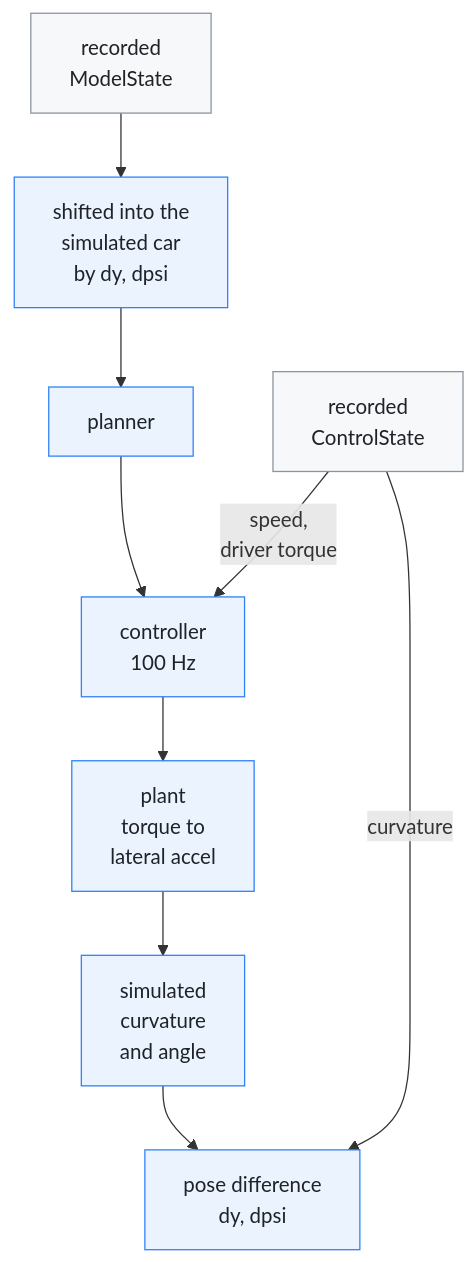
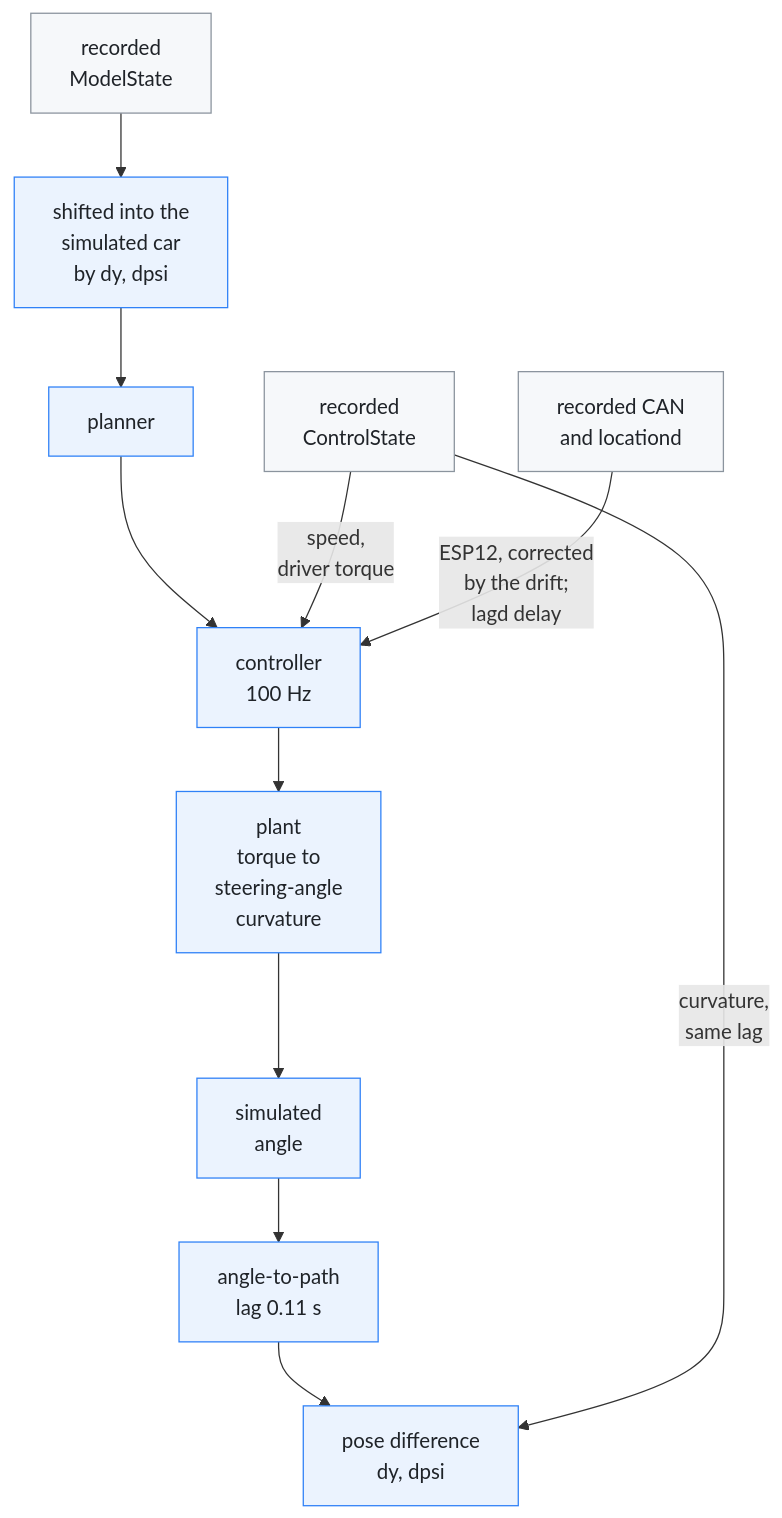
One commit to Deggory/edgepilot changed the first of 2 diagrams in docs/closed-loop-replay.md. Above: the diagram before and after it, drawn with Mermaid. The commit also changed other lines of this file and 19 other files, not shown here.

````diff
--- a/docs/closed-loop-replay.md
+++ b/docs/closed-loop-replay.md
@@ -13,15 +13,17 @@
 ```mermaid
 flowchart TB
     model["recorded<br>ModelState"] --> shift["shifted into the<br>simulated car<br>by dy, dpsi"]
     shift --> planner["planner"]
     planner --> controller["controller<br>100 Hz"]
     recorded["recorded<br>ControlState"] -- "speed,<br>driver torque" --> controller
-    controller --> plant["plant<br>torque to<br>lateral accel"]
-    plant --> sim["simulated<br>curvature<br>and angle"]
-    sim --> pose["pose difference<br>dy, dpsi"]
-    recorded -- "curvature" --> pose
+    can["recorded CAN<br>and locationd"] -- "ESP12, corrected<br>by the drift;<br>lagd delay" --> controller
+    controller --> plant["plant<br>torque to<br>steering-angle<br>curvature"]
+    plant --> sim["simulated<br>angle"]
+    sim --> lag["angle-to-path<br>lag 0.11 s"]
+    lag --> pose["pose difference<br>dy, dpsi"]
+    recorded -- "curvature,<br>same lag" --> pose
     classDef compute fill:#ebf3fe,stroke:#2f81f7,color:#1f2328
     classDef proc fill:#f6f8fa,stroke:#8b949e,color:#1f2328
-    class shift,planner,controller,plant,sim,pose compute
-    class model,recorded proc
+    class shift,planner,controller,plant,sim,lag,pose compute
+    class model,recorded,can proc
 ```
````
